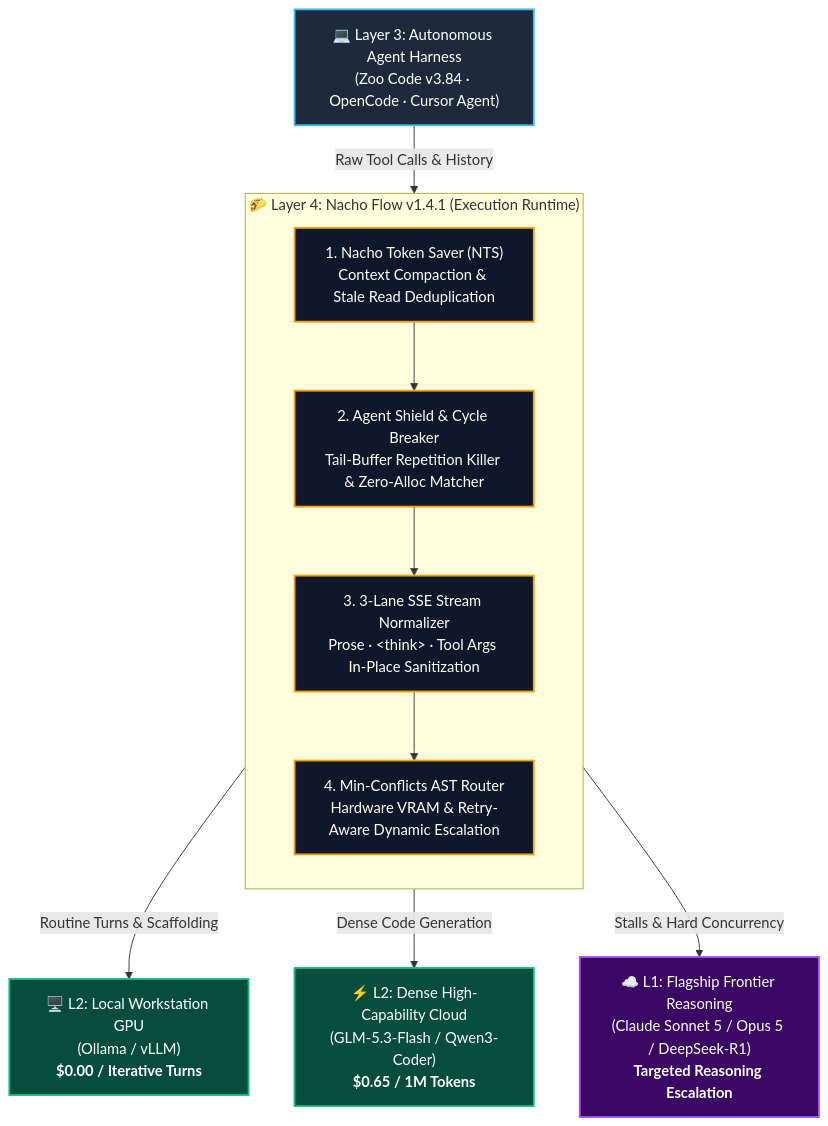
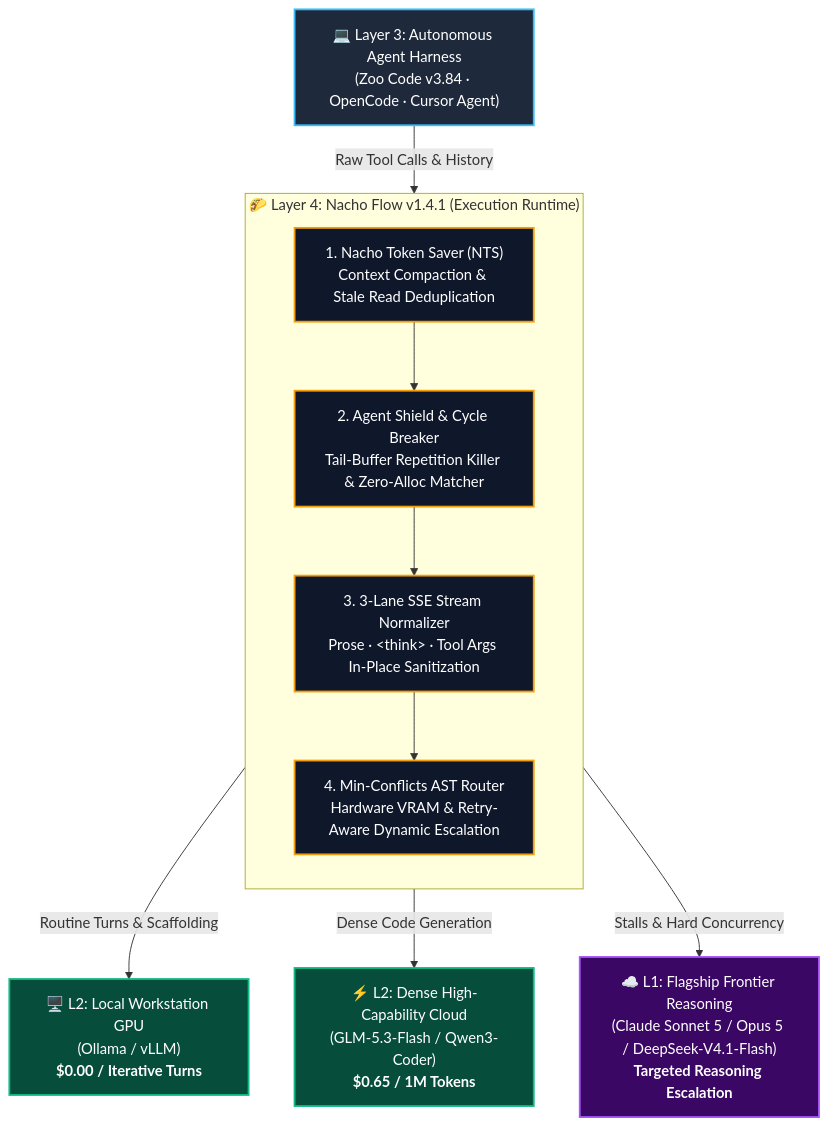
Before and after one commit to dixieflatline76/nacho-flow: the first of 2 diagrams in docs/THE_AUTONOMOUS_AGENT_RUNTIME_WHITEPAPER.md, drawn with Mermaid. The commit also changed other lines of this file and 1 other file, not shown here.

````diff
--- a/docs/THE_AUTONOMOUS_AGENT_RUNTIME_WHITEPAPER.md
+++ b/docs/THE_AUTONOMOUS_AGENT_RUNTIME_WHITEPAPER.md
@@ -24,28 +24,28 @@
 ```mermaid
 flowchart TD
     classDef client fill:#1e293b,stroke:#38bdf8,stroke-width:2px,color:#fff;
     classDef runtime fill:#0f172a,stroke:#f59e0b,stroke-width:2px,color:#fff;
     classDef backend fill:#064e3b,stroke:#10b981,stroke-width:2px,color:#fff;
     classDef frontier fill:#3b0764,stroke:#a855f7,stroke-width:2px,color:#fff;
 
     Client["💻 Layer 3: Autonomous Agent Harness<br/>(Zoo Code v3.84 · OpenCode · Cursor Agent)"]:::client
     
     subgraph NachoRuntime ["🌮 Layer 4: Nacho Flow v1.4.1 (Execution Runtime)"]
         direction TB
         NTS["1. Nacho Token Saver (NTS)<br/>Context Compaction & Stale Read Deduplication"]:::runtime
         Shield["2. Agent Shield & Cycle Breaker<br/>Tail-Buffer Repetition Killer & Zero-Alloc Matcher"]:::runtime
         Normalizer["3. 3-Lane SSE Stream Normalizer<br/>Prose · &lt;think&gt; · Tool Args In-Place Sanitization"]:::runtime
         Tuner["4. Min-Conflicts AST Router<br/>Hardware VRAM & Retry-Aware Dynamic Escalation"]:::runtime
         
         NTS --> Shield --> Normalizer --> Tuner
     end
 
     LocalGPU["🖥️ L2: Local Workstation GPU<br/>(Ollama / vLLM)<br/><b>$0.00 / Iterative Turns</b>"]:::backend
     BudgetCloud["⚡ L2: Dense High-Capability Cloud<br/>(GLM-5.3-Flash / Qwen3-Coder)<br/><b>$0.65 / 1M Tokens</b>"]:::backend
-    FrontierCloud["☁️ L1: Flagship Frontier Reasoning<br/>(Claude Sonnet 5 / Opus 5 / DeepSeek-R1)<br/><b>Targeted Reasoning Escalation</b>"]:::frontier
+    FrontierCloud["☁️ L1: Flagship Frontier Reasoning<br/>(Claude Sonnet 5 / Opus 5 / DeepSeek-V4.1-Flash)<br/><b>Targeted Reasoning Escalation</b>"]:::frontier
 
     Client -->|Raw Tool Calls & History| NachoRuntime
     Tuner -->|Routine Turns & Scaffolding| LocalGPU
     Tuner -->|Dense Code Generation| BudgetCloud
     Tuner -->|Stalls & Hard Concurrency| FrontierCloud
 ```
````
